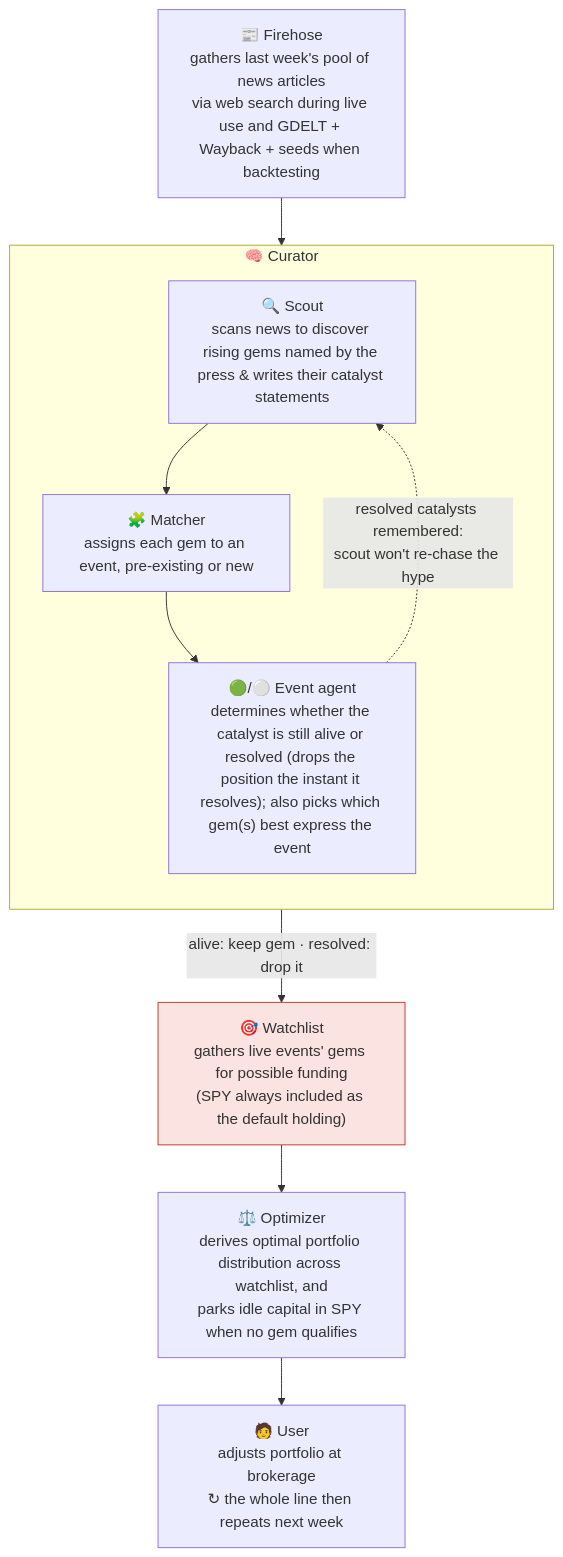
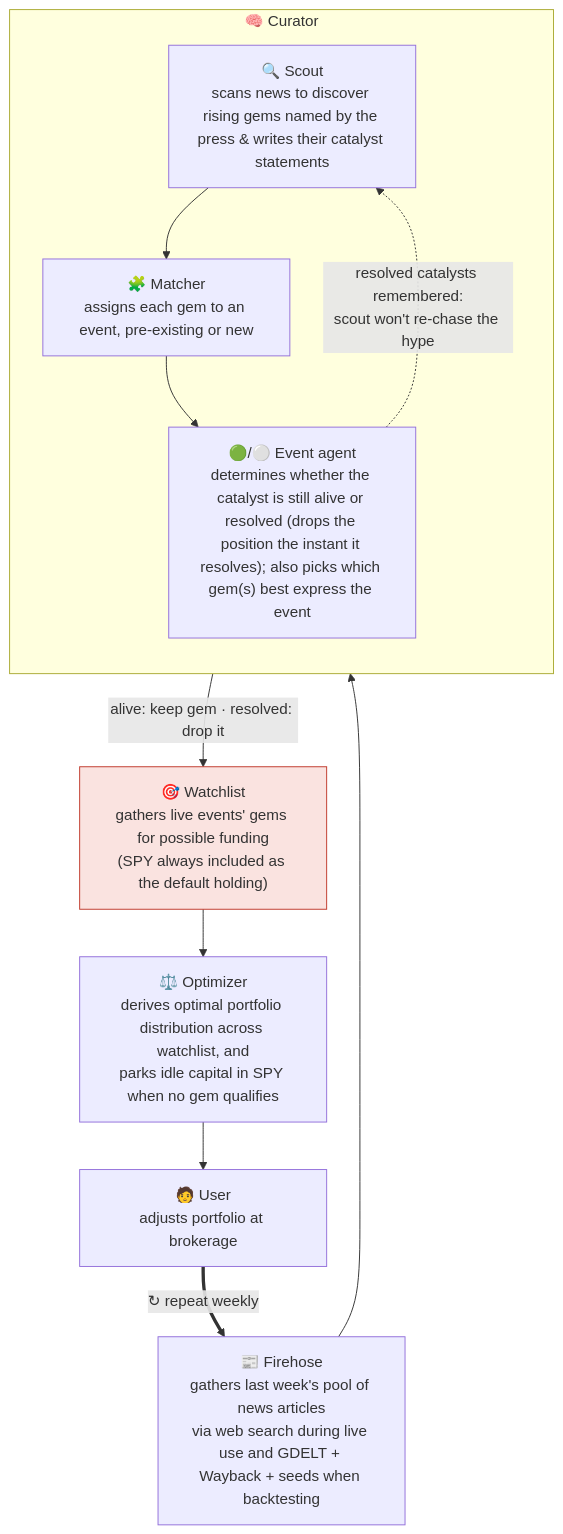
The first of 2 diagrams in README.md (joehahn/geo-herd-rider), drawn with Mermaid before and after one commit. The commit also changed other lines of this file, not shown here.

Commit message:
README: restore the weekly-loop edge; add an entity/relationship diagram (event=catalyst=agent, tickers evolve)

````diff
--- a/README.md
+++ b/README.md
@@ -18,24 +18,25 @@
 ```mermaid
 flowchart TD
     S["📰 Firehose<br/>gathers last week's pool of news articles<br/>via web search during live use and GDELT + Wayback + seeds when backtesting"]
 
     subgraph CUR["🧠 Curator"]
       direction TB
       SC["🔍 Scout<br/>scans news to discover rising gems named by the press & writes their catalyst statements"]
       MA["🧩 Matcher<br/>assigns each gem to an event, pre-existing or new"]
       AG["🟢/⚪ Event agent<br/>determines whether the catalyst is still alive or resolved (drops the position the instant it resolves); also picks which gem(s) best express the event"]
       SC --> MA --> AG
     end
 
     E["🎯 Watchlist<br/>gathers live events' gems for possible funding<br/>(SPY always included as the default holding)"]
     W["⚖️ Optimizer<br/>derives optimal portfolio distribution across watchlist, and<br/>parks idle capital in SPY when no gem qualifies"]
-    U["🧑 User<br/>adjusts portfolio at brokerage<br/>↻ the whole line then repeats next week"]
+    U["🧑 User<br/>adjusts portfolio at brokerage"]
 
     S --> SC
     AG -- "alive: keep gem · resolved: drop it" --> E
     AG -. "resolved catalysts remembered:<br/>scout won't re-chase the hype" .-> SC
     E --> W --> U
+    U == "↻ repeat weekly" ==> S
 
     classDef bet fill:#fae3e0,stroke:#c0392b;
     class E bet
 ```
````
